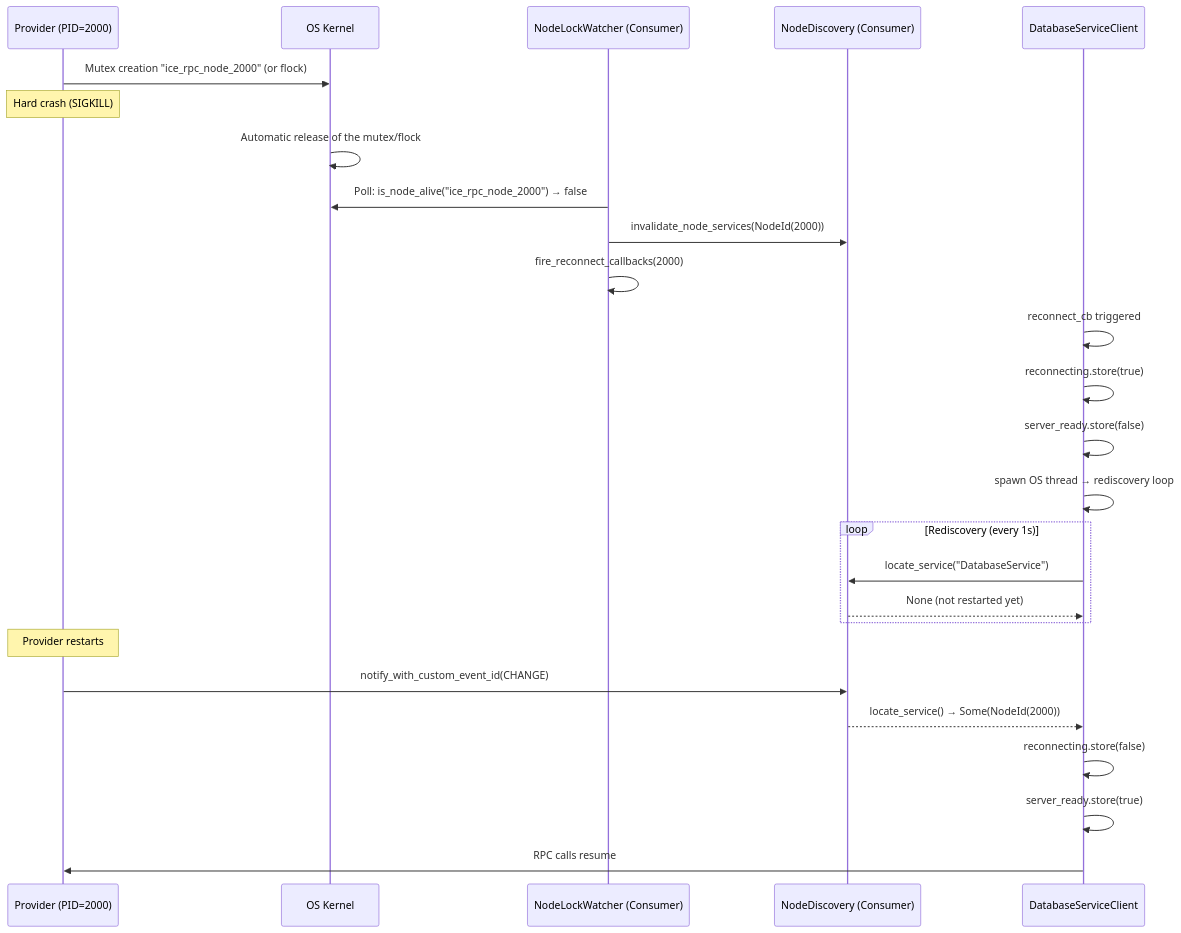
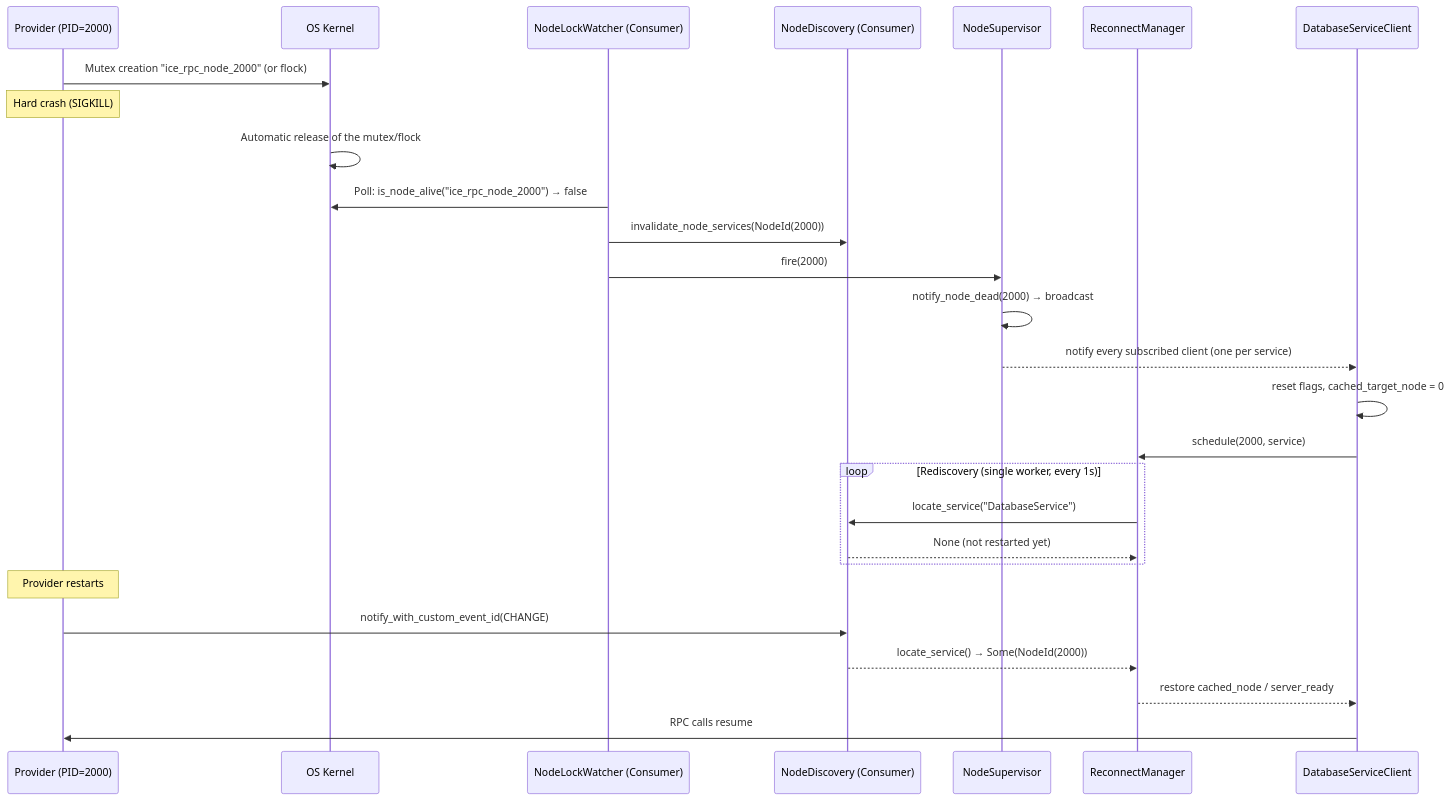
One commit to max3163/ice-rpc changed the fourth of 4 diagrams in Readme.md. Above: the diagram before and after it, drawn with Mermaid. The commit also changed other lines of this file and 13 other files, not shown here.

````diff
--- a/Readme.md
+++ b/Readme.md
@@ -105,29 +105,30 @@
 ```mermaid
 sequenceDiagram
     participant P as Provider (PID=2000)
     participant Kernel as OS Kernel
     participant WL as NodeLockWatcher (Consumer)
     participant ND as NodeDiscovery (Consumer)
+    participant S as NodeSupervisor
+    participant RM as ReconnectManager
     participant Client as DatabaseServiceClient
 
     P->>Kernel: Mutex creation "ice_rpc_node_2000" (or flock)
     Note over P: Hard crash (SIGKILL)
     Kernel->>Kernel: Automatic release of the mutex/flock
     WL->>Kernel: Poll: is_node_alive("ice_rpc_node_2000") → false
     WL->>ND: invalidate_node_services(NodeId(2000))
-    WL->>WL: fire_reconnect_callbacks(2000)
-    Client->>Client: reconnect_cb triggered
-    Client->>Client: reconnecting.store(true)
-    Client->>Client: server_ready.store(false)
-    Client->>Client: spawn OS thread → rediscovery loop
-    loop Rediscovery (every 1s)
-        Client->>ND: locate_service("DatabaseService")
-        ND-->>Client: None (not restarted yet)
+    WL->>S: fire(2000)
+    S->>S: notify_node_dead(2000) → broadcast
+    S-->>Client: notify every subscribed client (one per service)
+    Client->>Client: reset flags, cached_target_node = 0
+    Client->>RM: schedule(2000, service)
+    loop Rediscovery (single worker, every 1s)
+        RM->>ND: locate_service("DatabaseService")
+        ND-->>RM: None (not restarted yet)
     end
     Note over P: Provider restarts
     P->>ND: notify_with_custom_event_id(CHANGE)
-    ND-->>Client: locate_service() → Some(NodeId(2000))
-    Client->>Client: reconnecting.store(false)
-    Client->>Client: server_ready.store(true)
+    ND-->>RM: locate_service() → Some(NodeId(2000))
+    RM-->>Client: restore cached_node / server_ready
     Client->>P: RPC calls resume
 ```
````
